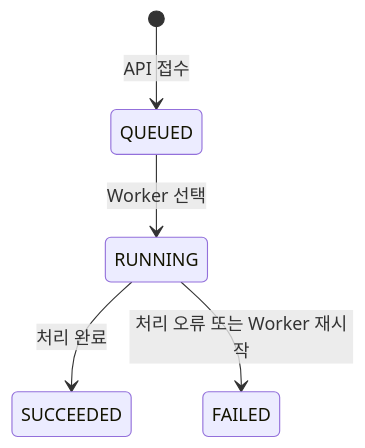
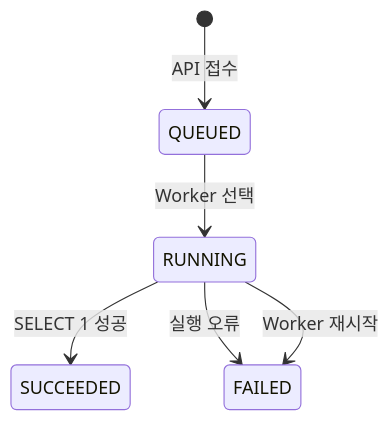
Before and after one commit to Keeper-BM/cti-agent: the third of 4 diagrams in docs/architecture.md, drawn with Mermaid. The commit also changed other lines of this file and 9 other files, not shown here.

````diff
--- a/docs/architecture.md
+++ b/docs/architecture.md
@@ -72,7 +166,8 @@
 ```mermaid
 stateDiagram-v2
     [*] --> QUEUED: API 접수
     QUEUED --> RUNNING: Worker 선택
-    RUNNING --> SUCCEEDED: 처리 완료
-    RUNNING --> FAILED: 처리 오류 또는 Worker 재시작
+    RUNNING --> SUCCEEDED: SELECT 1 성공
+    RUNNING --> FAILED: 실행 오류
+    RUNNING --> FAILED: Worker 재시작
 ```
````
